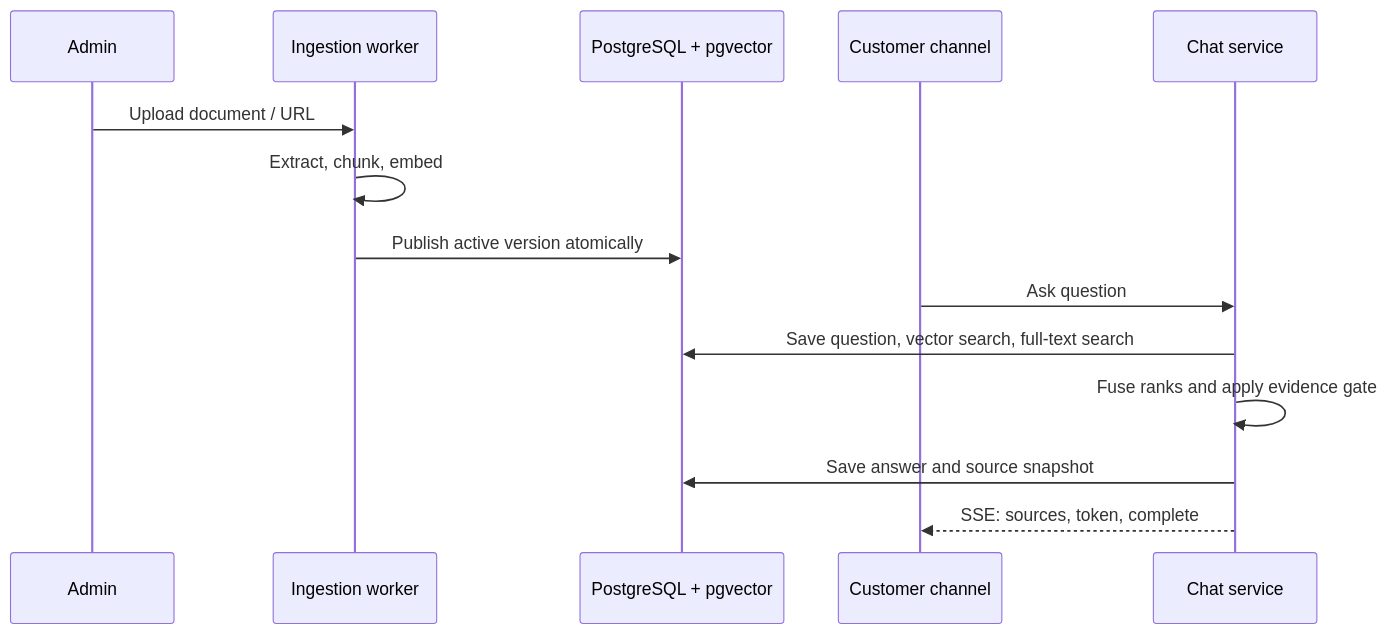
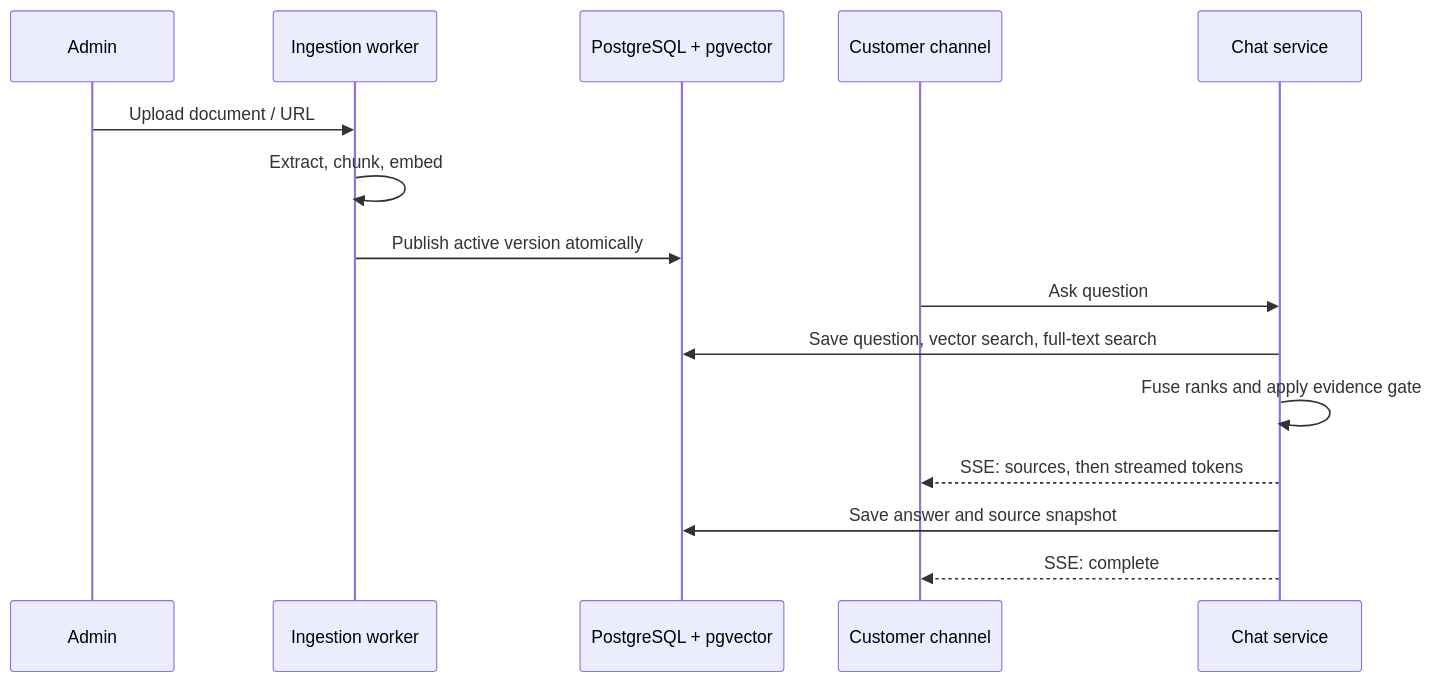
Before and after one commit to reinh2/Docmind: the second of 2 diagrams in README.md, drawn with Mermaid. The commit also changed other lines of this file and 7 other files, not shown here.

First line of the commit message:
Polish repo for publishing: license, screenshots, README/ROADMAP

````diff
--- a/README.md
+++ b/README.md
@@ -88,16 +104,17 @@
 ```mermaid
 sequenceDiagram
   participant A as Admin
   participant I as Ingestion worker
   participant DB as PostgreSQL + pgvector
   participant U as Customer channel
   participant C as Chat service
   A->>I: Upload document / URL
   I->>I: Extract, chunk, embed
   I->>DB: Publish active version atomically
   U->>C: Ask question
   C->>DB: Save question, vector search, full-text search
   C->>C: Fuse ranks and apply evidence gate
+  C-->>U: SSE: sources, then streamed tokens
   C->>DB: Save answer and source snapshot
-  C-->>U: SSE: sources, token, complete
+  C-->>U: SSE: complete
 ```
````
